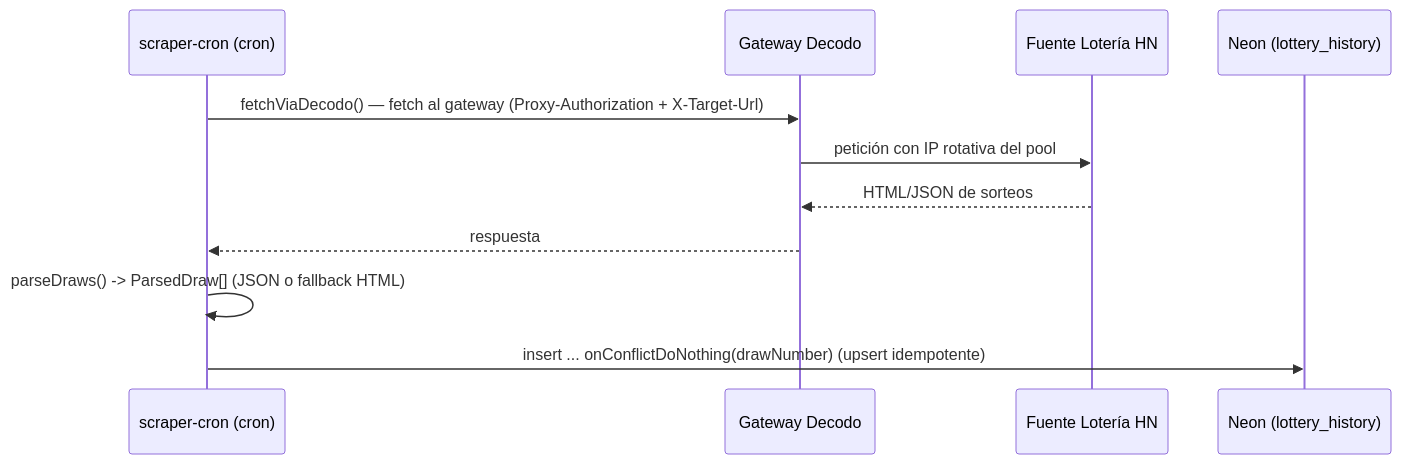
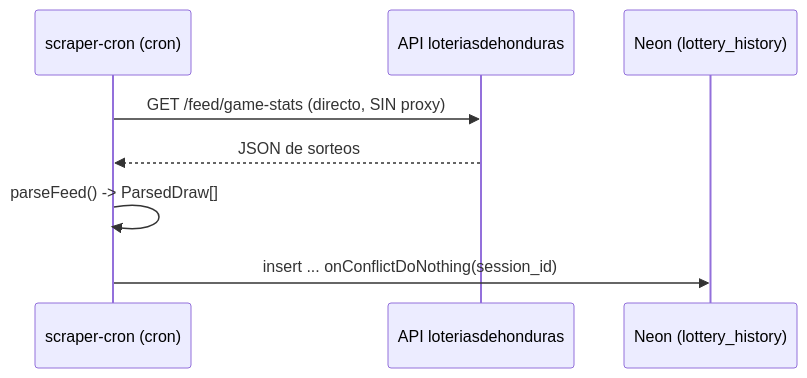
One commit to ogescoto/loto-honduras-analytics changed the second of 2 diagrams in docs/05_Procesos/Flujo_Ingestion_Scraping.md. Above: the diagram before and after it, drawn with Mermaid. The commit also changed other lines of this file and 384 other files, not shown here.

````diff
--- a/docs/05_Procesos/Flujo_Ingestion_Scraping.md
+++ b/docs/05_Procesos/Flujo_Ingestion_Scraping.md
@@ -17,13 +35,10 @@
 ```mermaid
 sequenceDiagram
   participant CR as scraper-cron (cron)
-  participant DX as Gateway Decodo
-  participant SRC as Fuente Lotería HN
+  participant API as API loteriasdehonduras
   participant DB as Neon (lottery_history)
-  CR->>DX: fetchViaDecodo() — fetch al gateway (Proxy-Authorization + X-Target-Url)
-  DX->>SRC: petición con IP rotativa del pool
-  SRC-->>DX: HTML/JSON de sorteos
-  DX-->>CR: respuesta
-  CR->>CR: parseDraws() -> ParsedDraw[] (JSON o fallback HTML)
-  CR->>DB: insert ... onConflictDoNothing(drawNumber) (upsert idempotente)
+  CR->>API: GET /feed/game-stats (directo, SIN proxy)
+  API-->>CR: JSON de sorteos
+  CR->>CR: parseFeed() -> ParsedDraw[]
+  CR->>DB: insert ... onConflictDoNothing(session_id)
 ```
````
